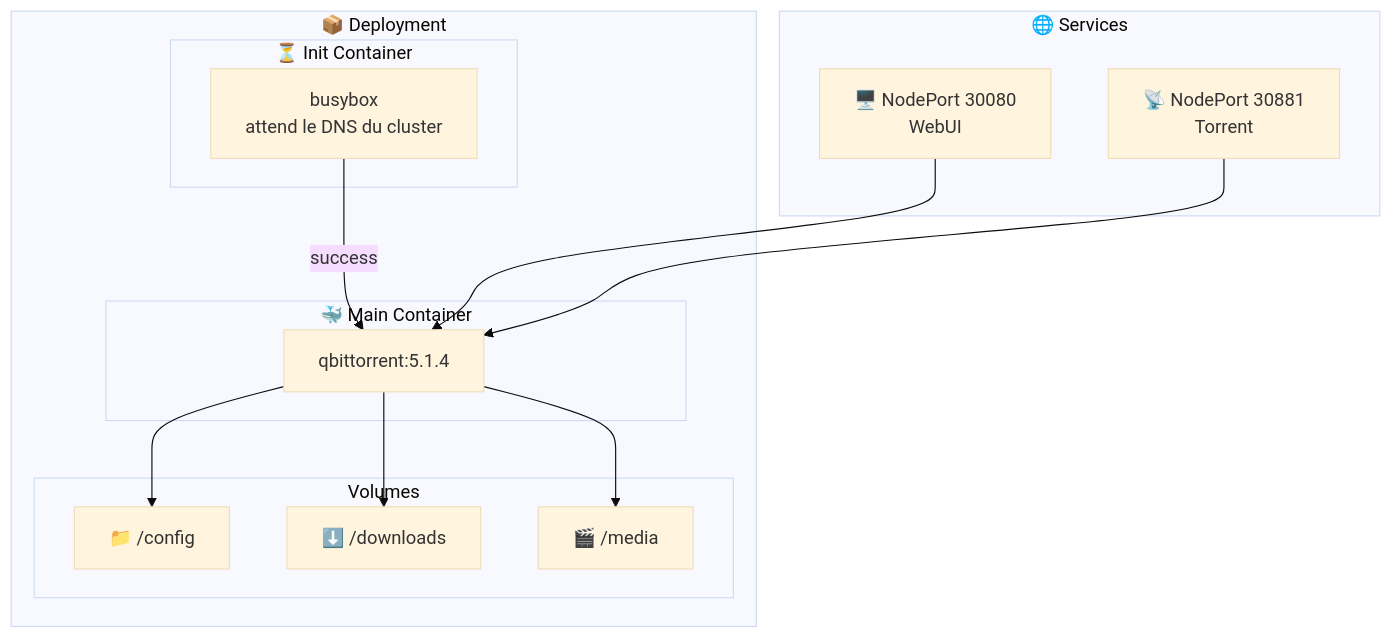
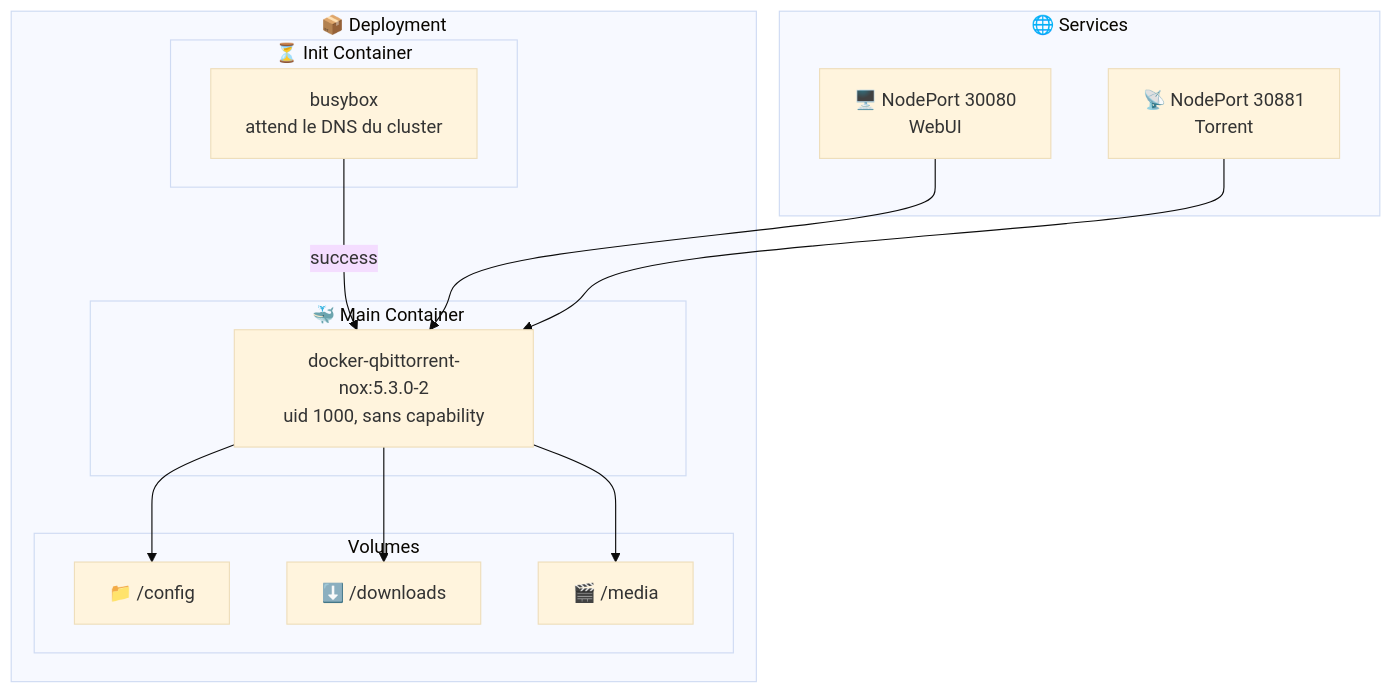
Before and after one commit to muchiny/media-stack-k8s: the second of 4 diagrams in charts/qbittorrent/README.md, drawn with Mermaid (base theme). The commit also changed other lines of this file and 7 other files, not shown here.

````diff
--- a/charts/qbittorrent/README.md
+++ b/charts/qbittorrent/README.md
@@ -88,27 +88,27 @@
 ```mermaid
 flowchart TB
     subgraph "📦 Deployment"
         subgraph "⏳ Init Container"
             Init[busybox<br/>attend le DNS du cluster]
         end
 
         subgraph "🐳 Main Container"
-            QB[qbittorrent:5.1.4]
+            QB[docker-qbittorrent-nox:5.3.0-2<br/>uid 1000, sans capability]
         end
 
         subgraph "Volumes"
             V1[📁 /config]
             V2[⬇️ /downloads]
             V3[🎬 /media]
         end
     end
 
     subgraph "🌐 Services"
         WebUI[🖥️ NodePort 30080<br/>WebUI]
         Torrent[📡 NodePort 30881<br/>Torrent]
     end
 
     Init -->|"success"| QB
     QB --> V1 & V2 & V3
     WebUI & Torrent --> QB
 ```
````
